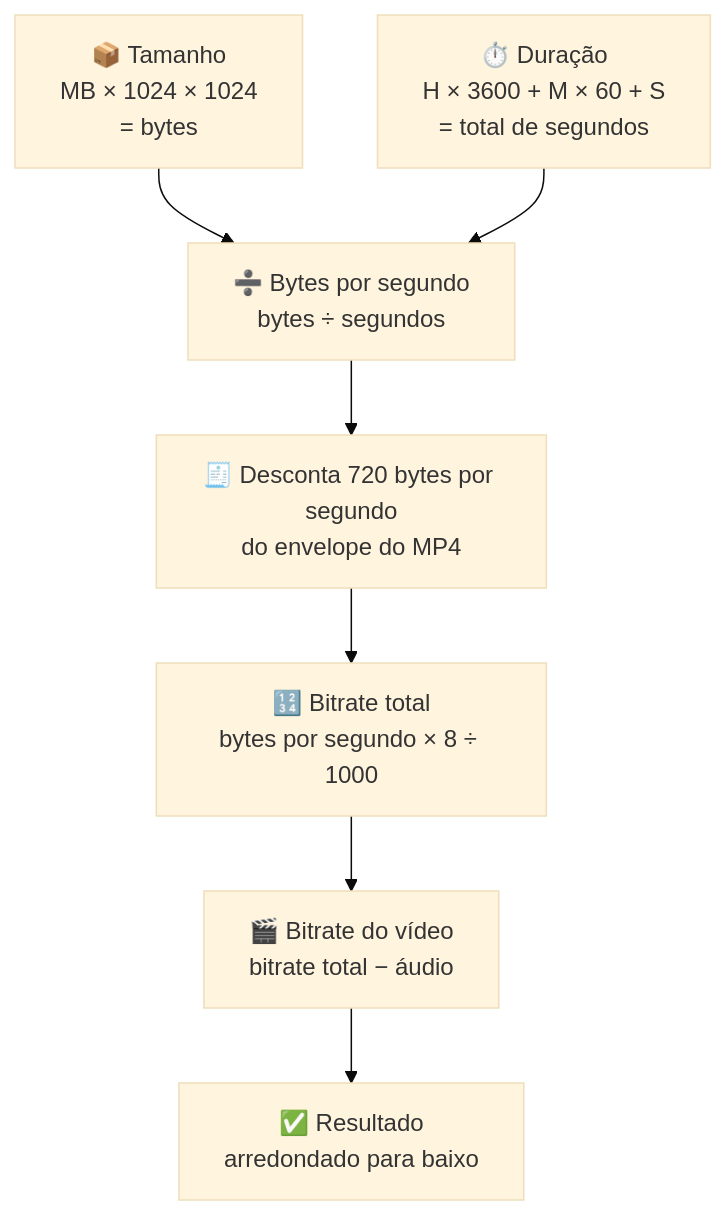
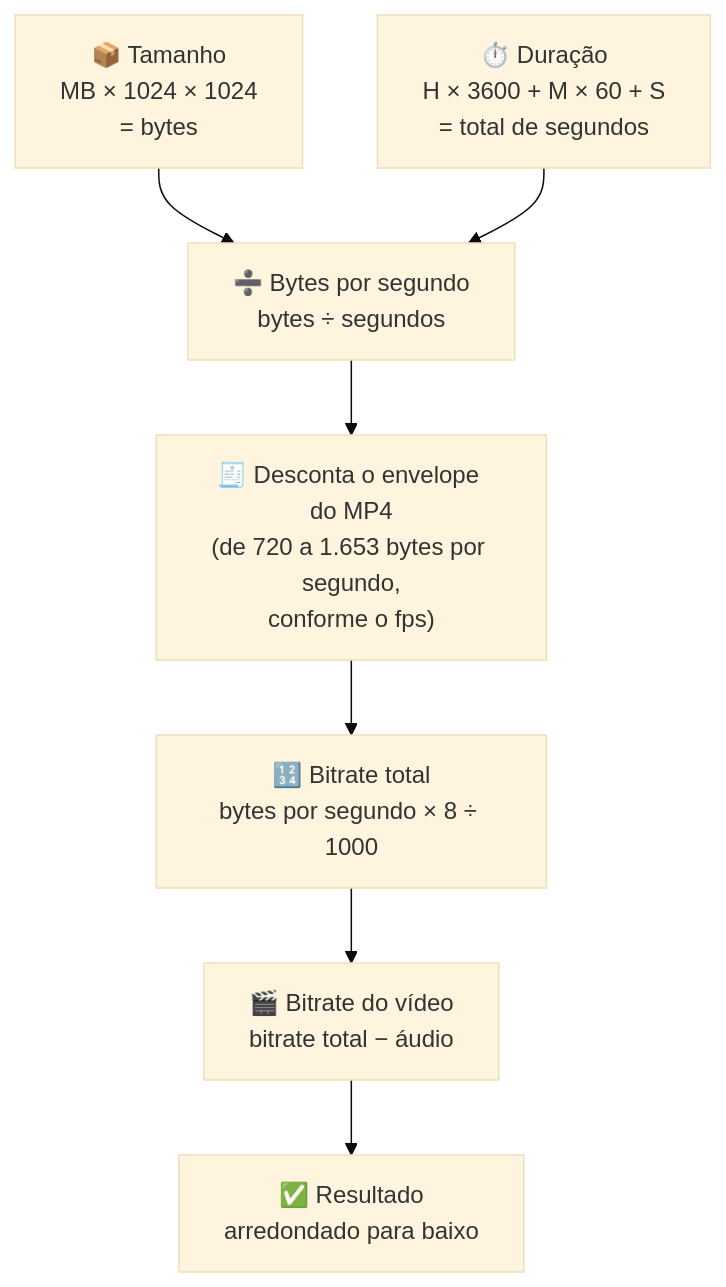
One commit to guvon1982/calculadora-de-bitrate changed the third of 4 diagrams in README.md. Above: the diagram before and after it, drawn with Mermaid (base theme). The commit also changed other lines of this file and 5 other files, not shown here.

````diff
--- a/README.md
+++ b/README.md
@@ -258,11 +259,11 @@
 ```mermaid
 flowchart TD
     T["⏱️ Duração<br/>H × 3600 + M × 60 + S<br/>= total de segundos"]
     S["📦 Tamanho<br/>MB × 1024 × 1024<br/>= bytes"]
     S --> P["➗ Bytes por segundo<br/>bytes ÷ segundos"]
     T --> P
-    P --> F["🧾 Desconta 720 bytes por segundo<br/>do envelope do MP4"]
+    P --> F["🧾 Desconta o envelope do MP4<br/>(de 720 a 1.653 bytes por segundo,<br/>conforme o fps)"]
     F --> B["🔢 Bitrate total<br/>bytes por segundo × 8 ÷ 1000"]
     B --> V["🎬 Bitrate do vídeo<br/>bitrate total − áudio"]
     V --> R["✅ Resultado<br/>arredondado para baixo"]
 ```
````
